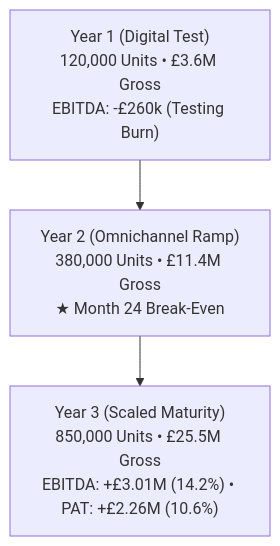
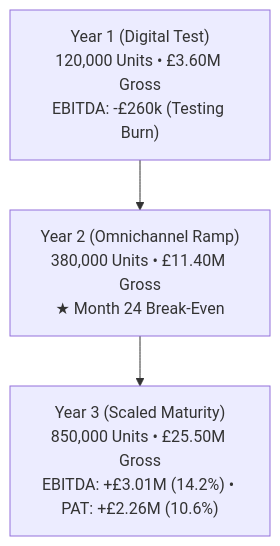
Before and after one commit to spoorthi-yadav/boat-uk-market-entry-strategy: the third of 3 diagrams in README.md, drawn with Mermaid. The commit also changed other lines of this file, not shown here.

````diff
--- a/README.md
+++ b/README.md
@@ -114,5 +196,5 @@
 ```mermaid
 flowchart TD
-    Y1["Year 1 (Digital Test)<br/>120,000 Units • £3.6M Gross<br/>EBITDA: -£260k (Testing Burn)"] --> Y2["Year 2 (Omnichannel Ramp)<br/>380,000 Units • £11.4M Gross<br/>★ Month 24 Break-Even"]
-    Y2 --> Y3["Year 3 (Scaled Maturity)<br/>850,000 Units • £25.5M Gross<br/>EBITDA: +£3.01M (14.2%) • PAT: +£2.26M (10.6%)"]
+    Y1["Year 1 (Digital Test)<br/>120,000 Units • £3.60M Gross<br/>EBITDA: -£260k (Testing Burn)"] --> Y2["Year 2 (Omnichannel Ramp)<br/>380,000 Units • £11.40M Gross<br/>★ Month 24 Break-Even"]
+    Y2 --> Y3["Year 3 (Scaled Maturity)<br/>850,000 Units • £25.50M Gross<br/>EBITDA: +£3.01M (14.2%) • PAT: +£2.26M (10.6%)"]
 ```
````
